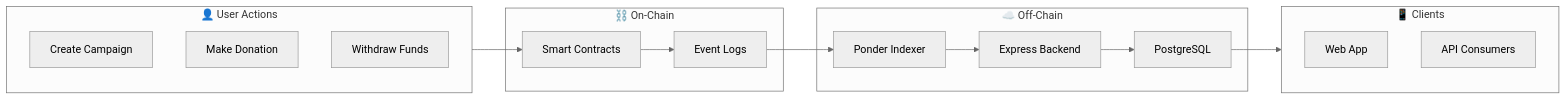
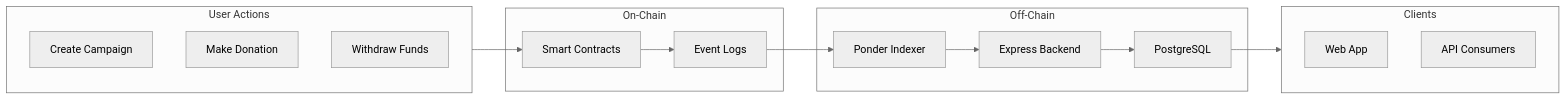
Diagram 12 of 12 in pitching/Architecture/3. Data Flow.md (CrowdFUNding-Base/SC), drawn with Mermaid (neutral theme) before and after one commit. The commit also changed other lines of this file and 12 other files, not shown here.

````diff
--- a/pitching/Architecture/3. Data Flow.md
+++ b/pitching/Architecture/3. Data Flow.md
@@ -484,31 +484,31 @@
 ```mermaid
 flowchart LR
-    subgraph UserActions["👤 User Actions"]
+    subgraph UserActions["User Actions"]
         Create["Create Campaign"]
         Donate["Make Donation"]
         Withdraw["Withdraw Funds"]
     end
 
-    subgraph OnChain["⛓️ On-Chain"]
+    subgraph OnChain["On-Chain"]
         SC["Smart Contracts"]
         Events["Event Logs"]
     end
 
-    subgraph OffChain["☁️ Off-Chain"]
+    subgraph OffChain["Off-Chain"]
         Indexer["Ponder Indexer"]
         Backend["Express Backend"]
         DB["PostgreSQL"]
     end
 
-    subgraph Clients["📱 Clients"]
+    subgraph Clients["Clients"]
         Web["Web App"]
         API["API Consumers"]
     end
 
     UserActions --> SC
     SC --> Events
     Events --> Indexer
     Indexer --> Backend
     Backend --> DB
     DB --> Clients
 ```
````
